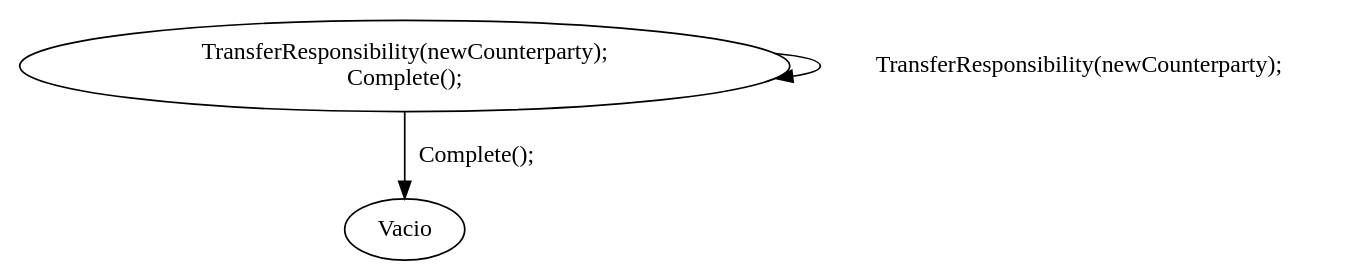
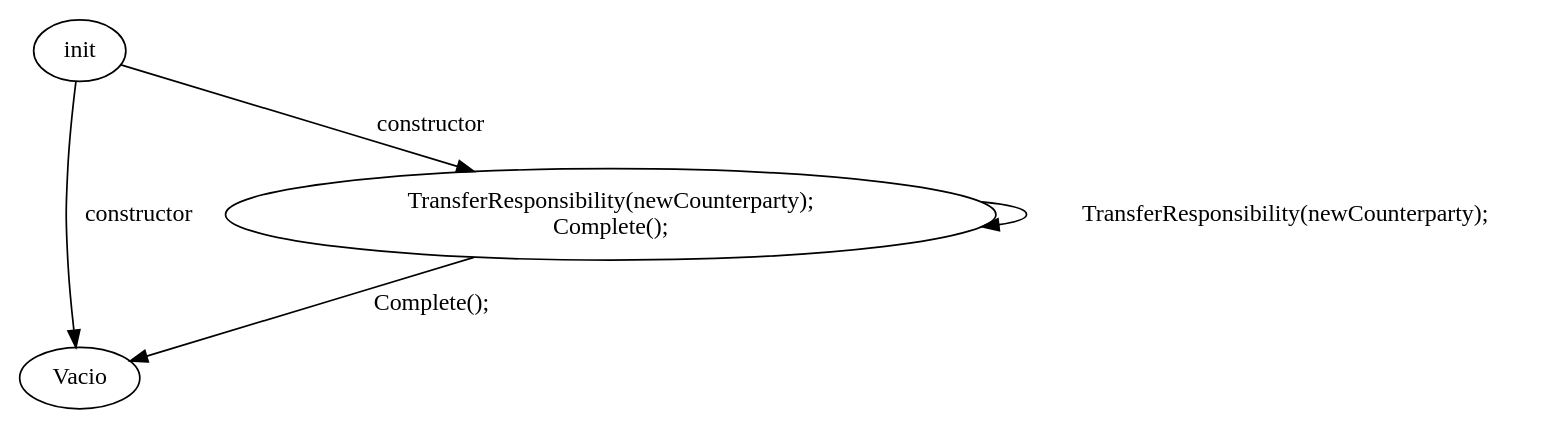
One commit to edentorres/tesis changed the diagram in 2/graph/BasicProvenance.gv. Above: the diagram before and after it, drawn with Graphviz. The commit also changed 116 other files, not shown here.

```diff
--- a/2/graph/BasicProvenance.gv
+++ b/2/graph/BasicProvenance.gv
@@ -1,16 +1,25 @@
 // Prueba
 digraph {
+	init [label=init]
+	"0-0-" [label=Vacio
+]
+	init -> "0-0-" [label=constructor]
 	"1-2-" [label="TransferResponsibility(newCounterparty);
 Complete();
 "]
 	"0-0-" [label=Vacio
 ]
 	"1-2-" -> "0-0-" [label="Complete();"]
+	init [label=init]
+	"1-2-" [label="TransferResponsibility(newCounterparty);
+Complete();
+"]
+	init -> "1-2-" [label=constructor]
 	"1-2-" [label="TransferResponsibility(newCounterparty);
 Complete();
 "]
 	"1-2-" [label="TransferResponsibility(newCounterparty);
 Complete();
 "]
 	"1-2-" -> "1-2-" [label="TransferResponsibility(newCounterparty);"]
 }
```
